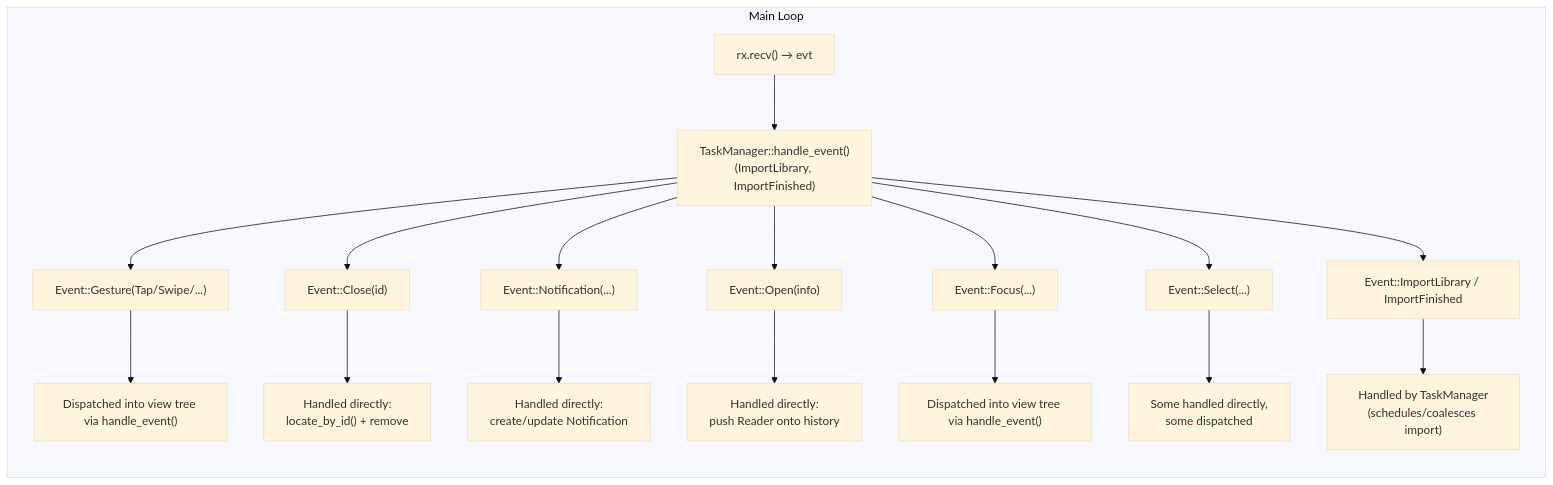
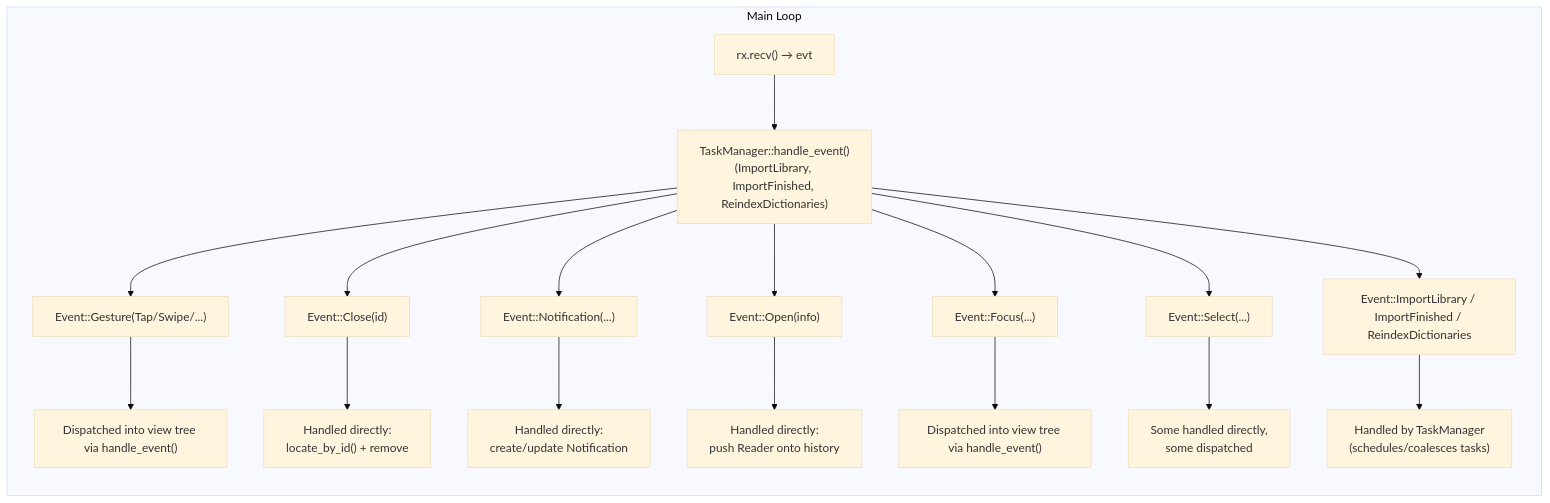
One commit to OGKevin/cadmus changed the fourth of 7 diagrams in docs/src/contributing/event-system.md. Above: the diagram before and after it, drawn with Mermaid (base theme). The commit also changed other lines of this file and 4 other files, not shown here.

````diff
--- a/docs/src/contributing/event-system.md
+++ b/docs/src/contributing/event-system.md
@@ -175,47 +175,47 @@
 ```mermaid
 flowchart TB
     subgraph MainLoop["Main Loop"]
         direction TB
 
         Recv["rx.recv() → evt"]
-        TaskManager["TaskManager::handle_event()<br/>(ImportLibrary, ImportFinished)"]
+        TaskManager["TaskManager::handle_event()<br/>(ImportLibrary, ImportFinished, ReindexDictionaries)"]
 
         Gesture["Event::Gesture(Tap/Swipe/...)"]
         GestureAction["Dispatched into view tree via handle_event()"]
 
         Close["Event::Close(id)"]
         CloseAction["Handled directly:<br/>locate_by_id() + remove"]
 
         Notification["Event::Notification(...)"]
         NotificationAction["Handled directly:<br/>create/update Notification"]
 
         Open["Event::Open(info)"]
         OpenAction["Handled directly:<br/>push Reader onto history"]
 
         Focus["Event::Focus(...)"]
         FocusAction["Dispatched into view tree via handle_event()"]
 
         Select["Event::Select(...)"]
         SelectAction["Some handled directly,<br/>some dispatched"]
 
-        ImportLibrary["Event::ImportLibrary / ImportFinished"]
-        ImportAction["Handled by TaskManager<br/>(schedules/coalesces import)"]
+        ImportLibrary["Event::ImportLibrary / ImportFinished / ReindexDictionaries"]
+        ImportAction["Handled by TaskManager<br/>(schedules/coalesces tasks)"]
 
         Recv --> TaskManager
         TaskManager --> Gesture
         TaskManager --> Close
         TaskManager --> Notification
         TaskManager --> Open
         TaskManager --> Focus
         TaskManager --> Select
         TaskManager --> ImportLibrary
 
         Gesture --> GestureAction
         Close --> CloseAction
         Notification --> NotificationAction
         Open --> OpenAction
         Focus --> FocusAction
         Select --> SelectAction
         ImportLibrary --> ImportAction
     end
 ```
````
